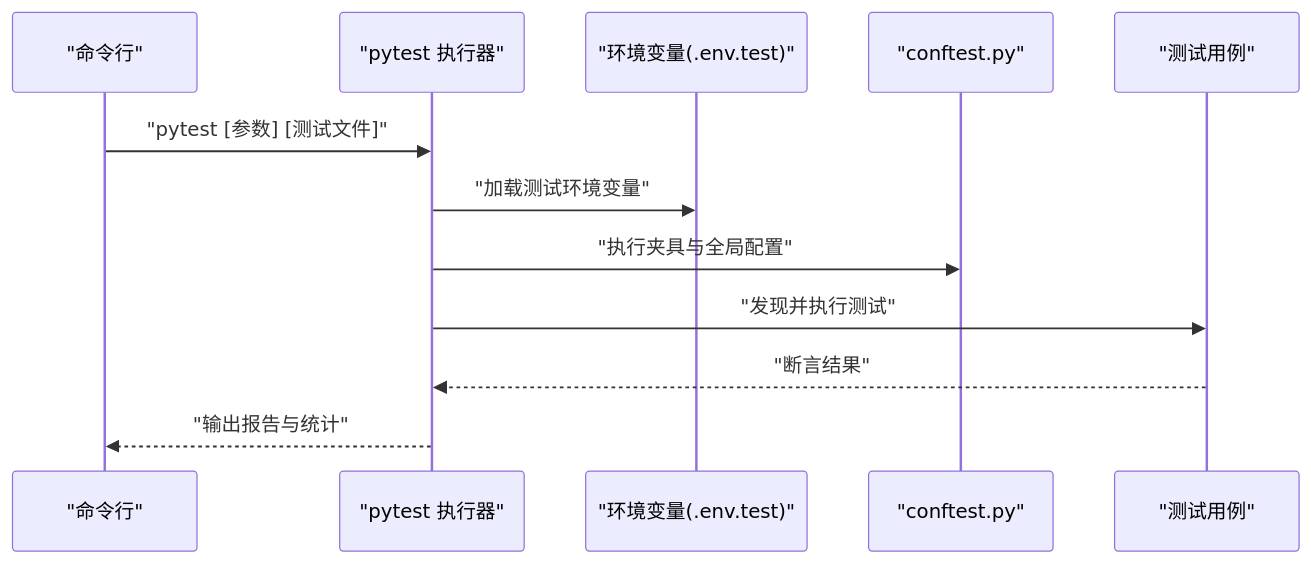
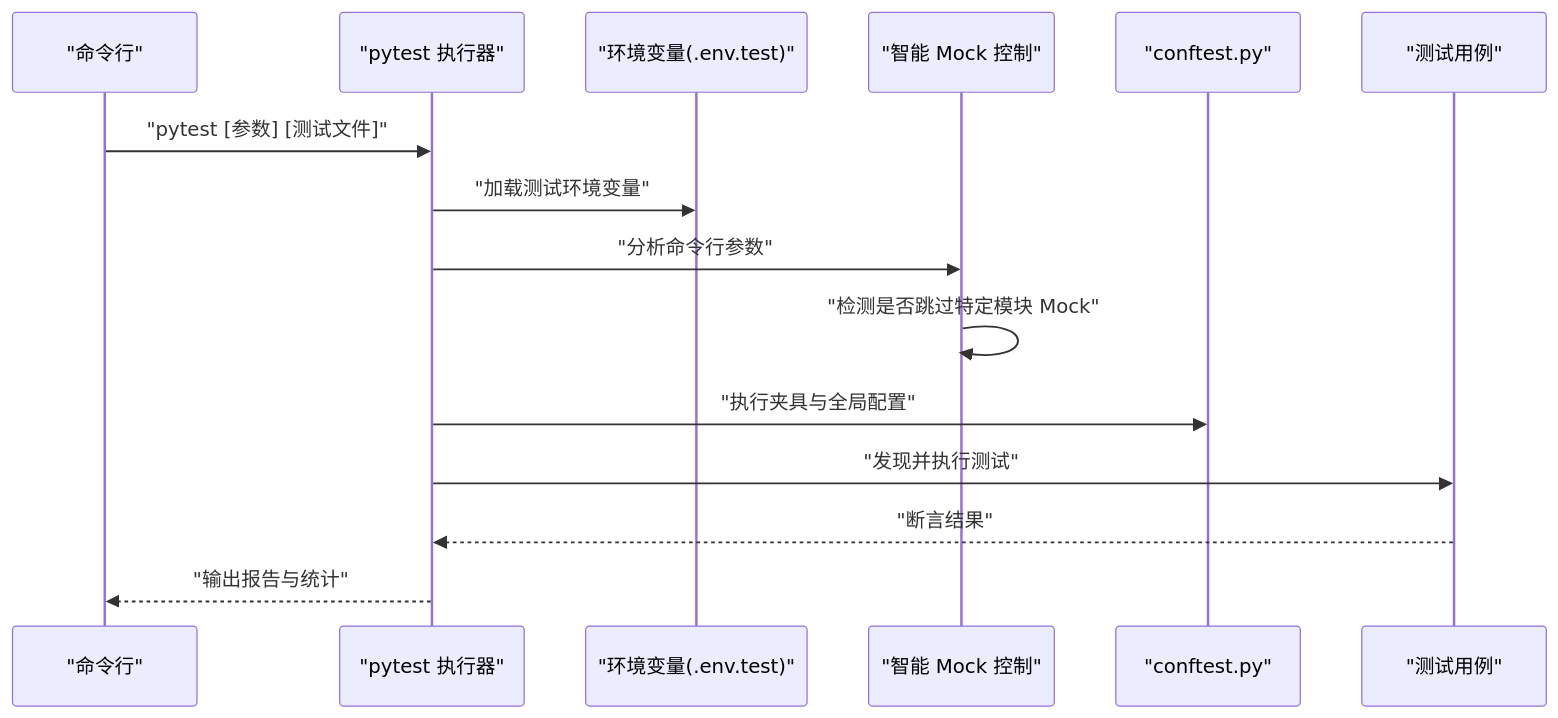
Before and after one commit to lilinzezzzzzz/fastapi-backend: the third of 4 diagrams in .qoder/repowiki/zh/content/测试策略/测试配置.md, drawn with Mermaid. The commit also changed other lines of this file and 42 other files, not shown here.

````diff
--- a/.qoder/repowiki/zh/content/测试策略/测试配置.md
+++ b/.qoder/repowiki/zh/content/测试策略/测试配置.md
@@ -229,14 +301,17 @@
 ```mermaid
 sequenceDiagram
 participant CLI as "命令行"
 participant PY as "pytest 执行器"
 participant ENV as "环境变量(.env.test)"
+participant SM as "智能 Mock 控制"
 participant CONF as "conftest.py"
 participant TEST as "测试用例"
 CLI->>PY : "pytest [参数] [测试文件]"
 PY->>ENV : "加载测试环境变量"
+PY->>SM : "分析命令行参数"
+SM->>SM : "检测是否跳过特定模块 Mock"
 PY->>CONF : "执行夹具与全局配置"
 PY->>TEST : "发现并执行测试"
 TEST-->>PY : "断言结果"
 PY-->>CLI : "输出报告与统计"
 ```
````
